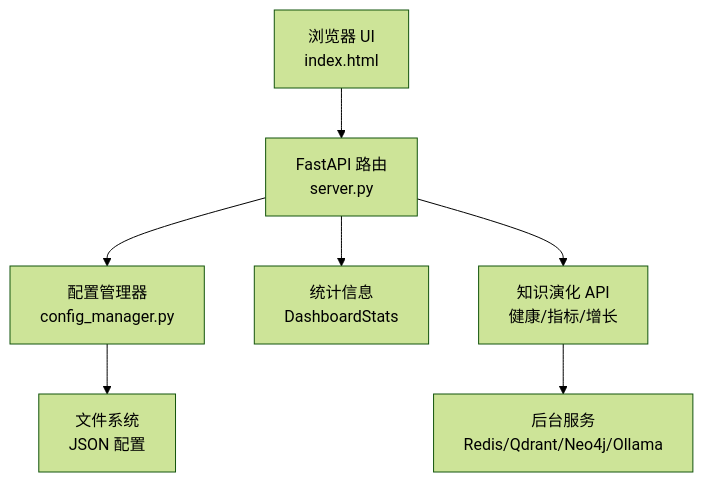
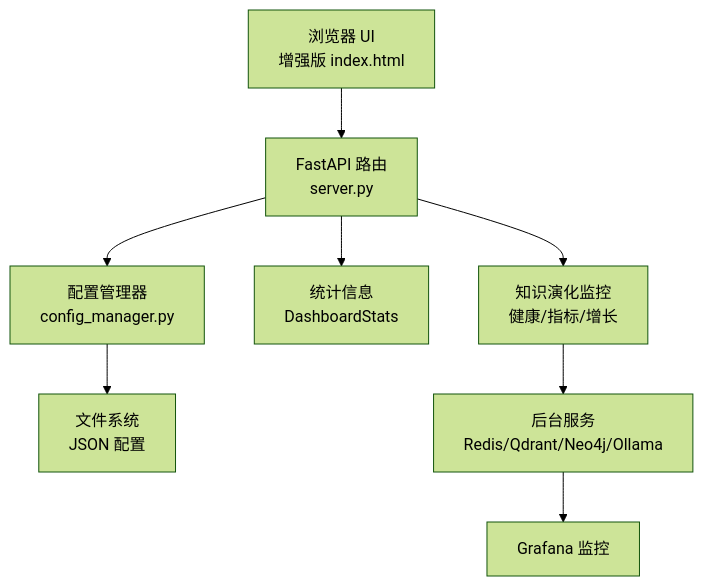
Before and after one commit to JieGaoPrinceton/NecoRAG: the second of 7 diagrams in .qoder/repowiki/zh/content/仪表板系统/仪表板系统.md, drawn with Mermaid (forest theme). The commit also changed other lines of this file and 12 other files, not shown here.

````diff
--- a/.qoder/repowiki/zh/content/仪表板系统/仪表板系统.md
+++ b/.qoder/repowiki/zh/content/仪表板系统/仪表板系统.md
@@ -105,9 +115,10 @@
 ```mermaid
 graph TB
-UI["浏览器 UI<br/>index.html"] --> API["FastAPI 路由<br/>server.py"]
+UI["浏览器 UI<br/>增强版 index.html"] --> API["FastAPI 路由<br/>server.py"]
 API --> CM["配置管理器<br/>config_manager.py"]
 CM --> FS["文件系统<br/>JSON 配置"]
 API --> Stats["统计信息<br/>DashboardStats"]
-API --> Ext["知识演化 API<br/>健康/指标/增长"]
-Ext --> Backend["后台服务<br/>Redis/Qdrant/Neo4j/Ollama"]
+API --> Knowledge["知识演化监控<br/>健康/指标/增长"]
+Knowledge --> Backend["后台服务<br/>Redis/Qdrant/Neo4j/Ollama"]
+Backend --> Metrics["Grafana 监控"]
 ```
````
